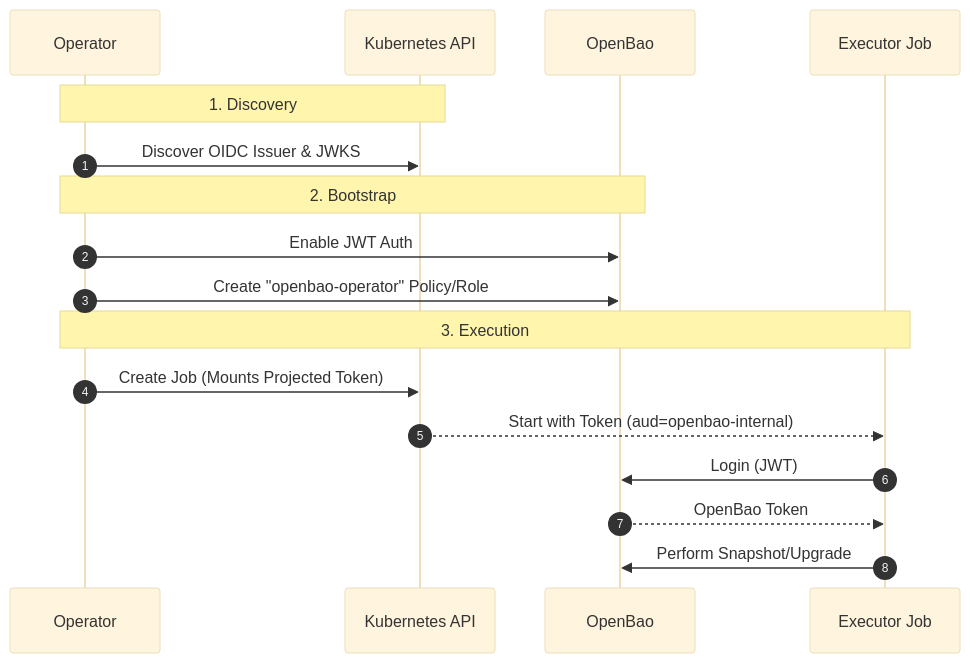
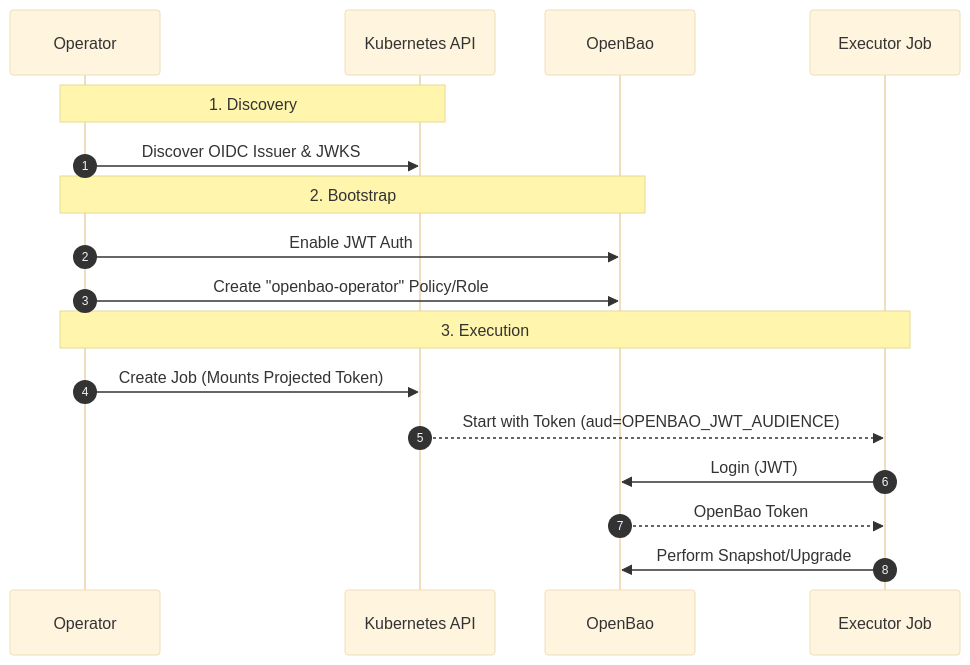
One commit to dc-tec/openbao-operator changed the diagram in docs/security/fundamentals/secrets-management.md. Above: the diagram before and after it, drawn with Mermaid (base theme). The commit also changed other lines of this file and 27 other files, not shown here.

Commit message:
feat(core): make JWT audience configurable and plumb JWT bootstrap config across backup/upgrade/restore (#57)

````diff
--- a/docs/security/fundamentals/secrets-management.md
+++ b/docs/security/fundamentals/secrets-management.md
@@ -55,23 +60,23 @@
 ```mermaid
 sequenceDiagram
     autonumber
     participant Op as Operator
     participant K8s as Kubernetes API
     participant Bao as OpenBao
     participant Job as Executor Job
 
     Note over Op, K8s: 1. Discovery
     Op->>K8s: Discover OIDC Issuer & JWKS
     
     Note over Op, Bao: 2. Bootstrap
     Op->>Bao: Enable JWT Auth
     Op->>Bao: Create "openbao-operator" Policy/Role
     
     Note over Op, Job: 3. Execution
     Op->>K8s: Create Job (Mounts Projected Token)
-    K8s-->>Job: Start with Token (aud=openbao-internal)
+    K8s-->>Job: Start with Token (aud=OPENBAO_JWT_AUDIENCE)
     
     Job->>Bao: Login (JWT)
     Bao-->>Job: OpenBao Token
     Job->>Bao: Perform Snapshot/Upgrade
 ```
````
